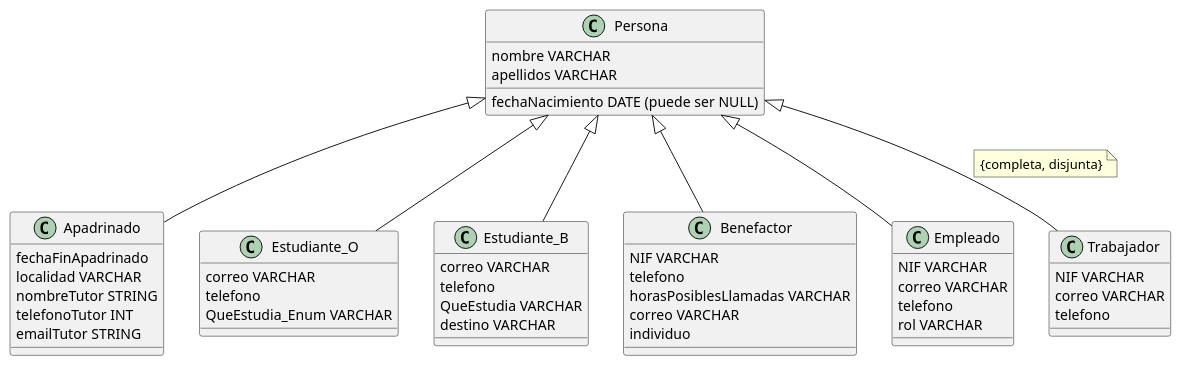
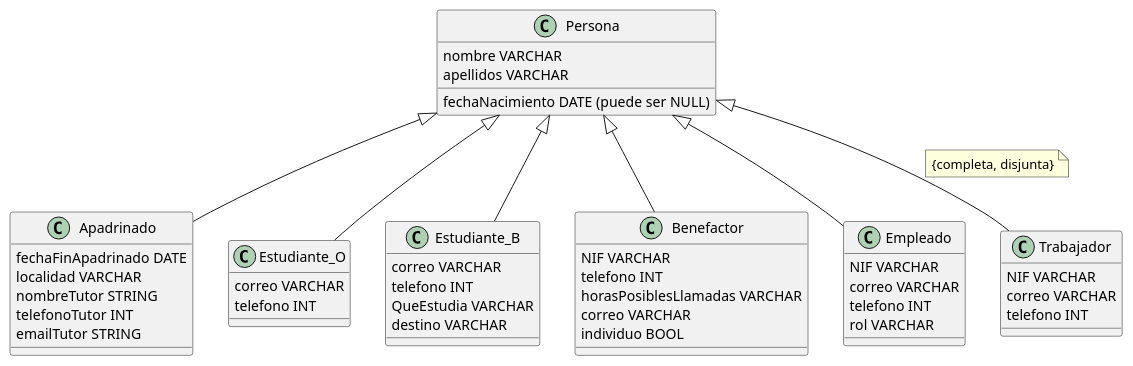
Before and after one commit to albporfer1-64/Grupo_Proyecto_DB: the diagram in persona.puml, drawn with PlantUML. The commit also changed 3 other files, not shown here.

```diff
--- a/persona.puml
+++ b/persona.puml
@@ -1,58 +1,57 @@
 class Persona{
     nombre VARCHAR
     apellidos VARCHAR
     fechaNacimiento DATE (puede ser NULL)
 }
 
 'Subclases de Persona:
 Persona <|-- Apadrinado
 Persona <|-- Estudiante_O
 Persona <|-- Estudiante_B
 Persona <|-- Benefactor
 Persona <|-- Empleado
 Persona <|-- Trabajador
 
 'Restricción de cobertura:
 note on link : {completa, disjunta}
 
 class Trabajador{
     NIF VARCHAR
     correo VARCHAR
-    telefono
+    telefono INT
 }
 
 class Empleado{
     NIF VARCHAR
     correo VARCHAR
-    telefono
+    telefono INT
     rol VARCHAR
 }
 
 class Benefactor{
     NIF VARCHAR
-    telefono
+    telefono INT
     horasPosiblesLlamadas VARCHAR
     correo VARCHAR
-    individuo  
+    individuo BOOL
 }
 
 class Estudiante_B{
     correo VARCHAR
-    telefono
+    telefono INT
     QueEstudia VARCHAR
     destino VARCHAR
 }
 
 class Estudiante_O{
     correo VARCHAR
-    telefono
-    QueEstudia_Enum VARCHAR
+    telefono INT
 }
 
 class Apadrinado{
-    fechaFinApadrinado
+    fechaFinApadrinado DATE
     localidad VARCHAR
     nombreTutor STRING
     telefonoTutor INT
     emailTutor STRING
 }
```
